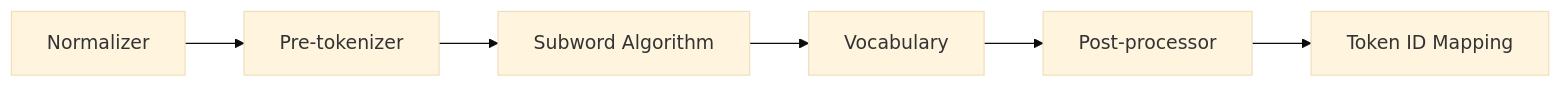
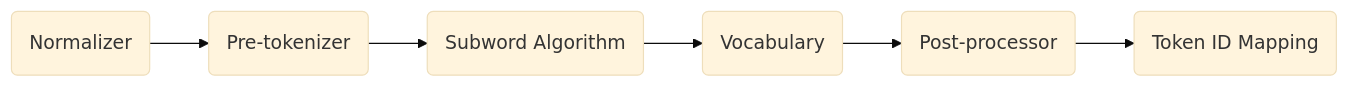
The fifth of 16 diagrams in index.md (ChrisZhu2050/chriszhu2050.github.io), drawn with Mermaid (base theme) before and after one commit. The commit also changed other lines of this file, not shown here.

````diff
--- a/index.md
+++ b/index.md
@@ -237,4 +237,4 @@
   ```mermaid
       graph LR
-          A["`Normalizer`"]  --> B["`Pre-tokenizer`"] --> C["`Subword Algorithm`"] --> D["`Vocabulary`"] --> E["`Post-processor`"] --> F["`Token ID Mapping`"]
+          A("`Normalizer`")  --> B("`Pre-tokenizer`") --> C("`Subword Algorithm`") --> D("`Vocabulary`") --> E("`Post-processor`") --> F("`Token ID Mapping`")
   ```   
````
